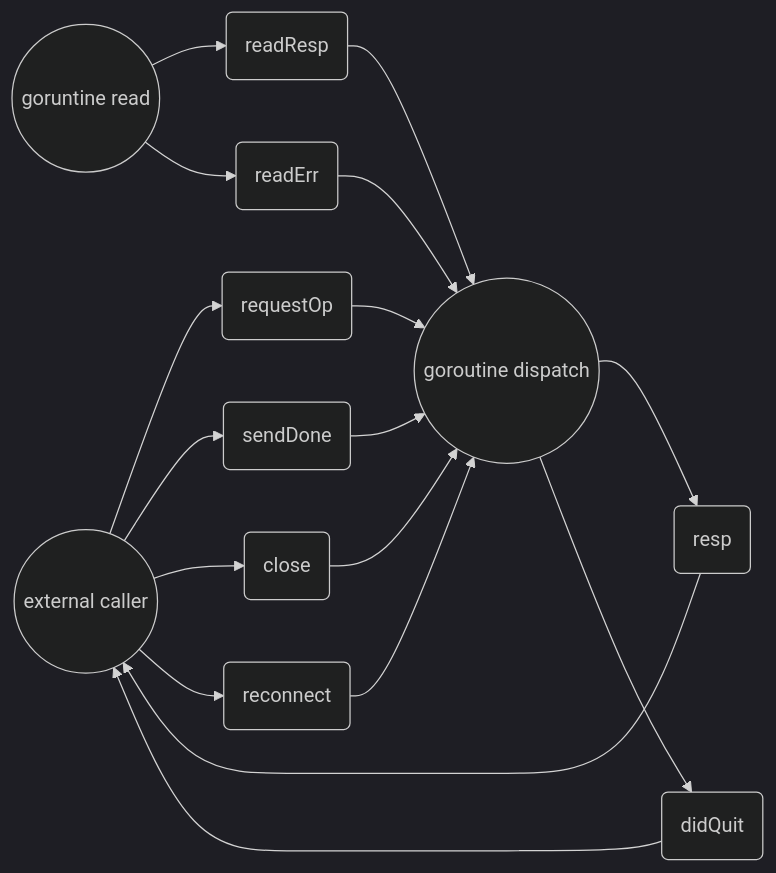
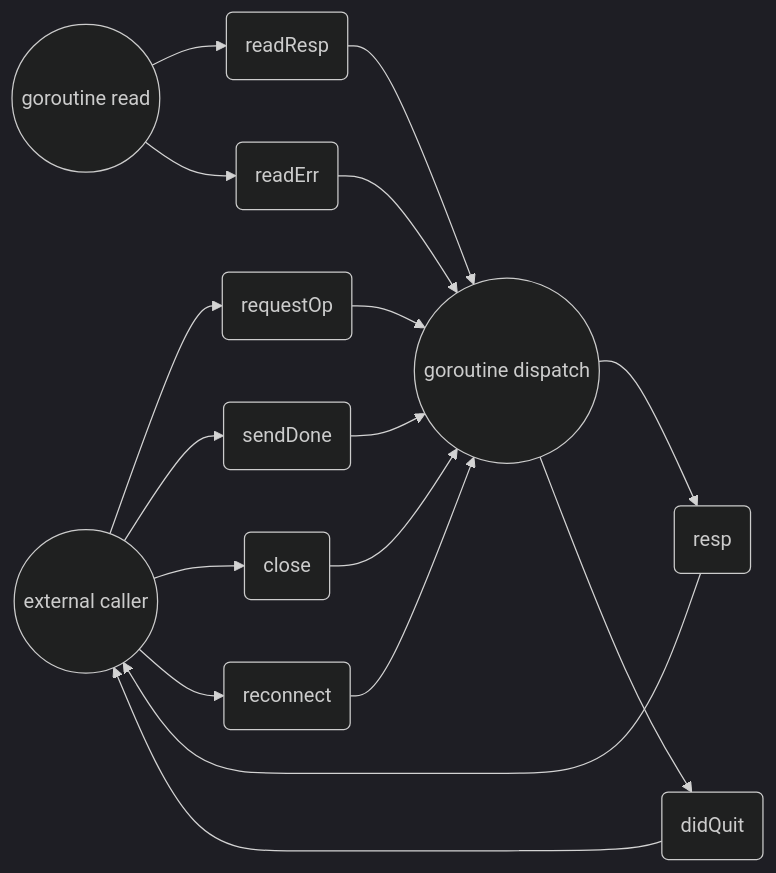
Before and after one commit to agiletechvn/go-ethereum-code-analysis: the diagram in rpc-analysis.md, drawn with Mermaid (dark theme).

Commit message:
update syntax

````diff
--- a/rpc-analysis.md
+++ b/rpc-analysis.md
@@ -1075,39 +1075,38 @@
 ```mermaid
 graph LR
     id1((external caller))
 		id2((goroutine dispatch))
-		id3((goruntine read))
+		id3((goroutine read))
 
 		ro(requestOp)
 		sd(sendDone)
 		resp(resp)
 		close(close)
 		dq(didQuit)
 		rc(reconnect)
 
 
 
 		rr(readResp)
 		re(readErr)
 
 
 		id1 --> ro
 		id1 --> sd
 		id1 --> close
 		id1 --> rc
 		resp --> id1
 		dq --> id1
 
 		id2 --> resp
 		id2 --> dq
 		ro --> id2
 		rr --> id2
 		re --> id2
 		sd --> id2
 		close --> id2
 		rc --> id2
 
 		id3 --> rr
 		id3 --> re
-
 ```
````
